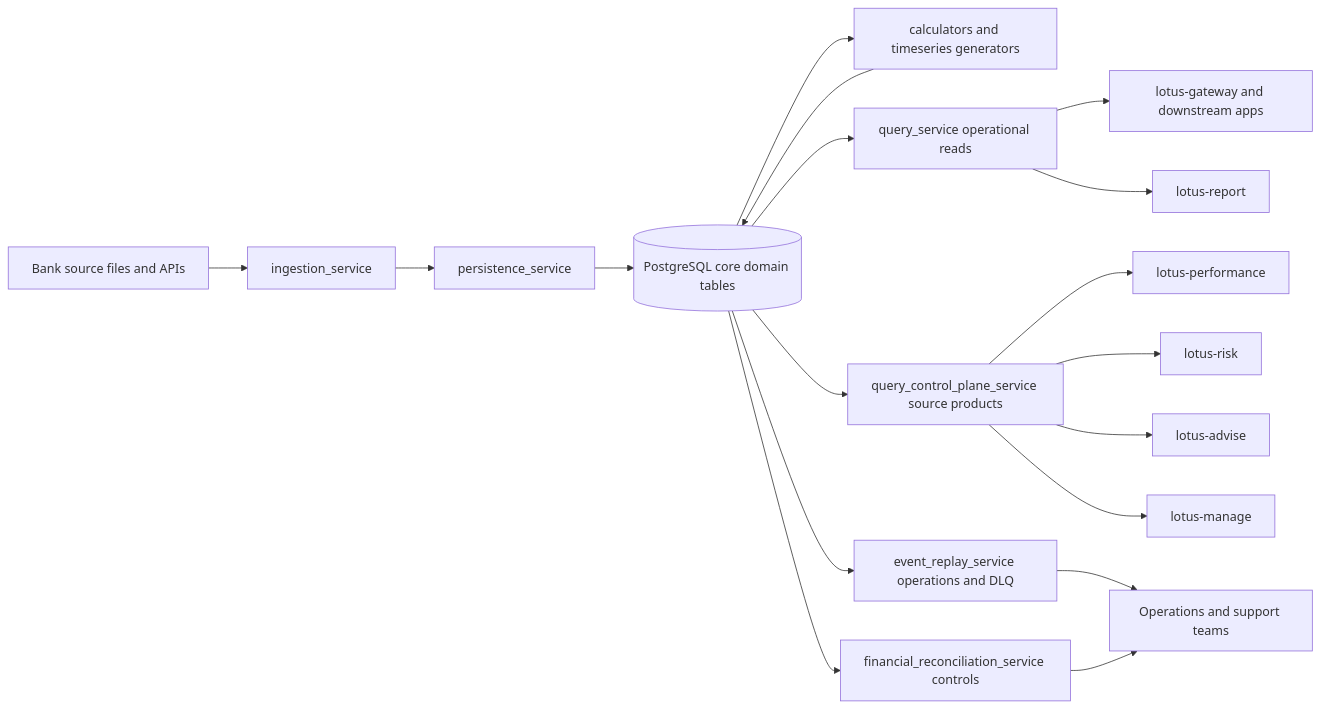
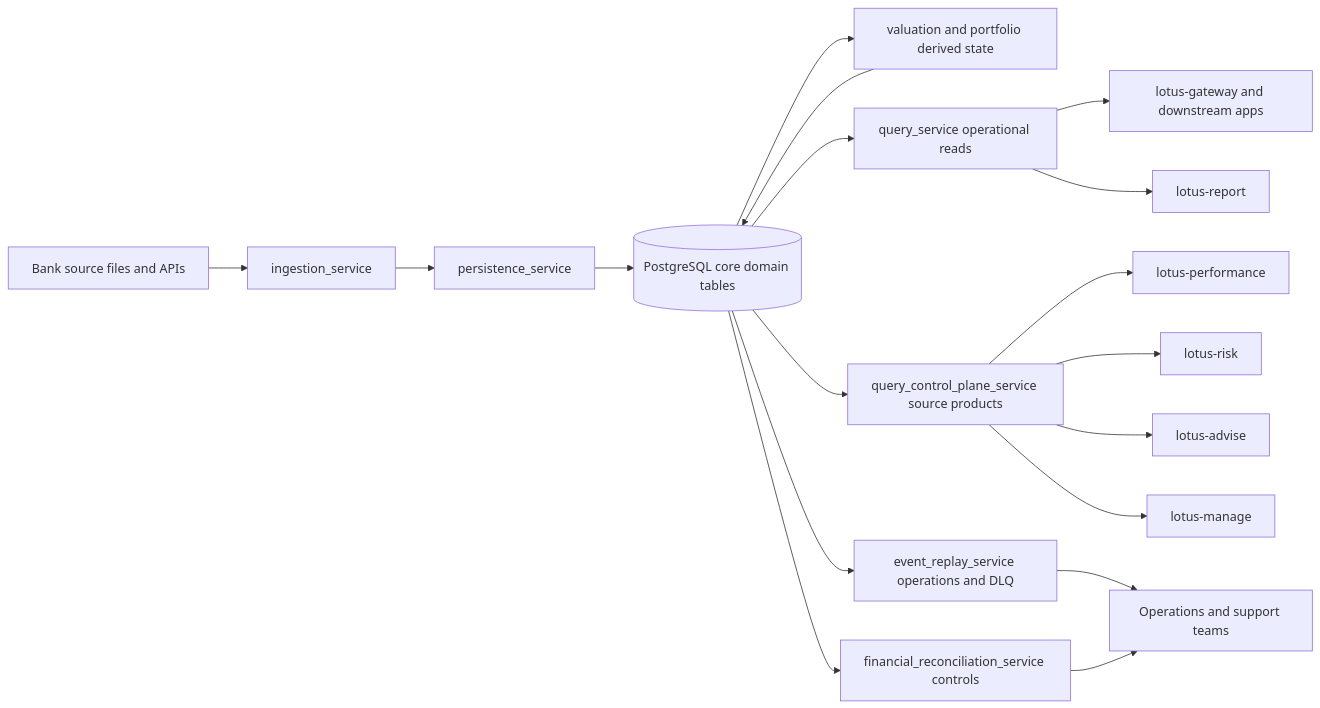
One commit to sgajbi/lotus-core changed the first of 2 diagrams in wiki/Supported-Features.md. Above: the diagram before and after it, drawn with Mermaid. The commit also changed 27 other files, not shown here.

````diff
--- a/wiki/Supported-Features.md
+++ b/wiki/Supported-Features.md
@@ -71,20 +71,20 @@
 ```mermaid
 flowchart LR
     BankSource[Bank source files and APIs] --> Ingestion[ingestion_service]
     Ingestion --> Persistence[persistence_service]
     Persistence --> CoreDb[(PostgreSQL core domain tables)]
-    CoreDb --> Calculators[calculators and timeseries generators]
+    CoreDb --> Calculators[valuation and portfolio derived state]
     Calculators --> CoreDb
     CoreDb --> Query[query_service operational reads]
     CoreDb --> Control[query_control_plane_service source products]
     CoreDb --> Replay[event_replay_service operations and DLQ]
     CoreDb --> Recon[financial_reconciliation_service controls]
     Query --> Gateway[lotus-gateway and downstream apps]
     Control --> Performance[lotus-performance]
     Control --> Risk[lotus-risk]
     Control --> Advise[lotus-advise]
     Control --> Manage[lotus-manage]
     Query --> Report[lotus-report]
     Replay --> Ops[Operations and support teams]
     Recon --> Ops
 ```
````
